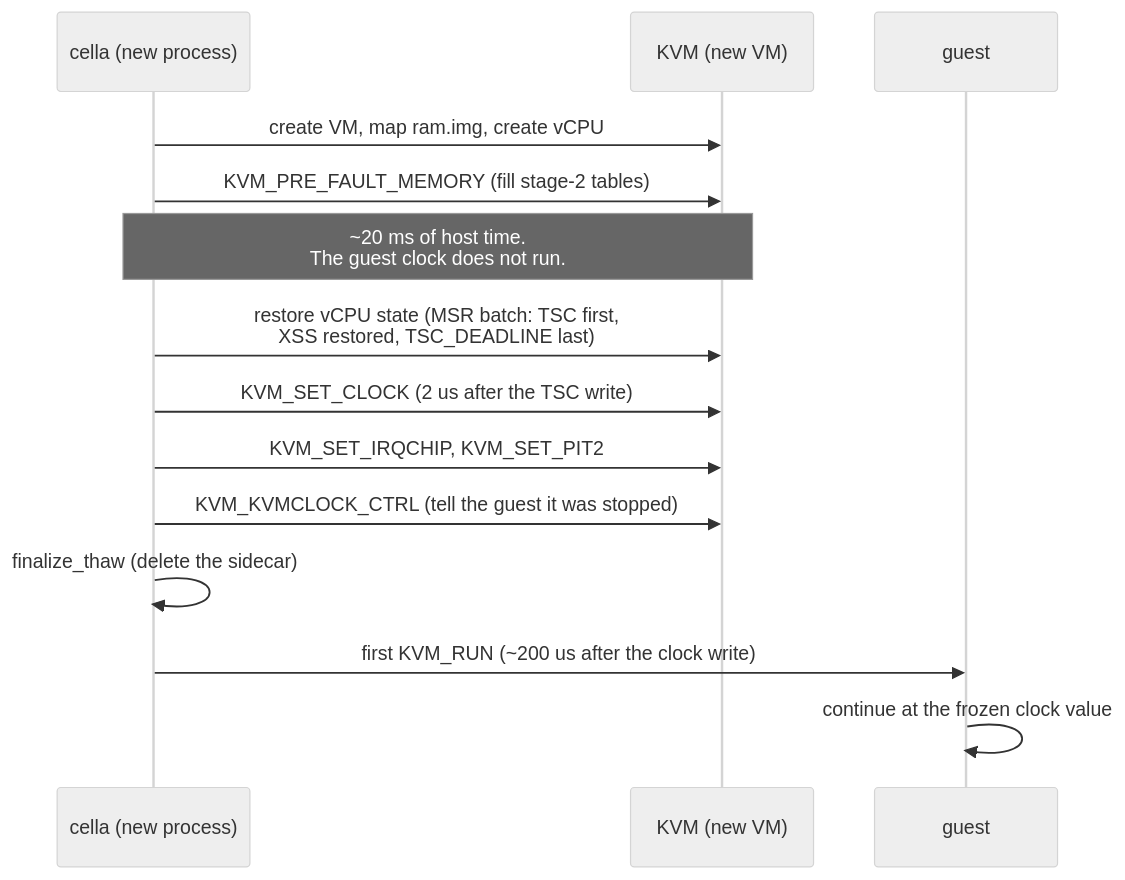
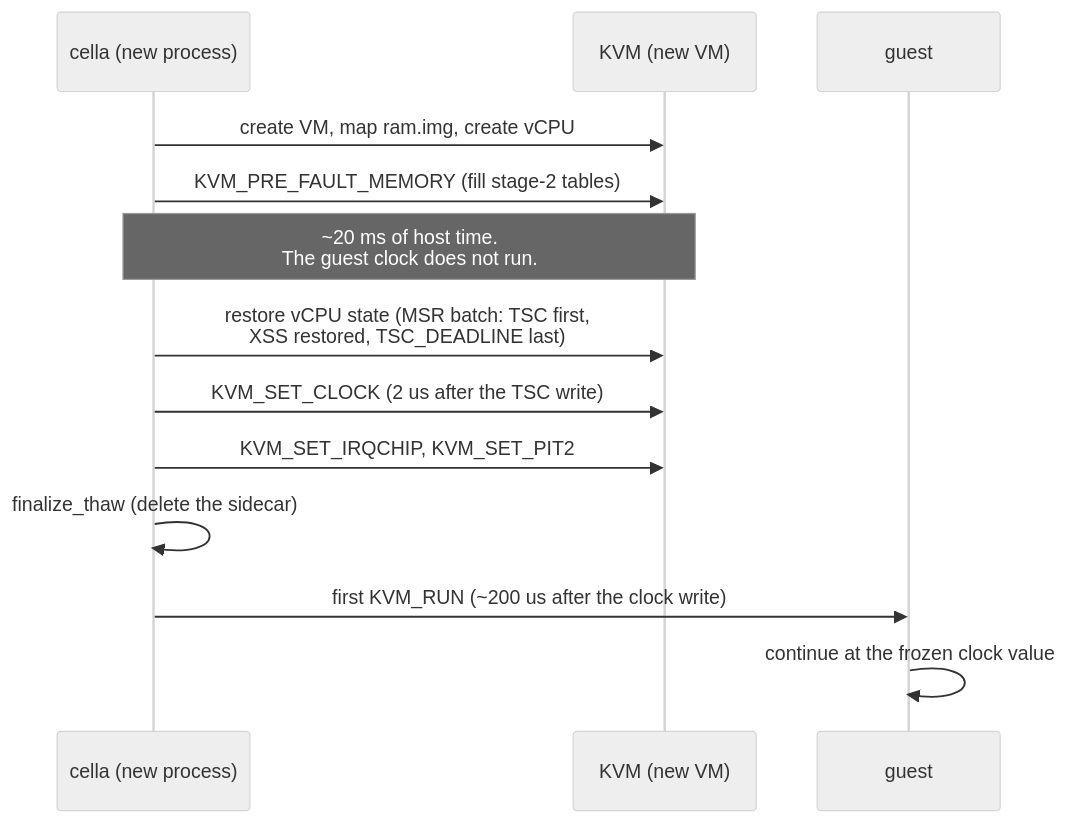
The fourth of 7 diagrams in docs/FREEZE-THAW.md (omne-earth/cella), drawn with Mermaid (neutral theme) before and after one commit. The commit also changed other lines of this file and 1 other file, not shown here.

First line of the commit message:
Do not tell the guest that it was stopped

````diff
--- a/docs/FREEZE-THAW.md
+++ b/docs/FREEZE-THAW.md
@@ -116,16 +121,15 @@
 ```mermaid
 sequenceDiagram
     participant C as cella (new process)
     participant K as KVM (new VM)
     participant G as guest
     C->>K: create VM, map ram.img, create vCPU
     C->>K: KVM_PRE_FAULT_MEMORY (fill stage-2 tables)
     Note over C,K: ~20 ms of host time.<br/>The guest clock does not run.
     C->>K: restore vCPU state (MSR batch: TSC first,<br/>XSS restored, TSC_DEADLINE last)
     C->>K: KVM_SET_CLOCK (2 us after the TSC write)
     C->>K: KVM_SET_IRQCHIP, KVM_SET_PIT2
-    C->>K: KVM_KVMCLOCK_CTRL (tell the guest it was stopped)
     C->>C: finalize_thaw (delete the sidecar)
     C->>G: first KVM_RUN (~200 us after the clock write)
     G->>G: continue at the frozen clock value
 ```
````
